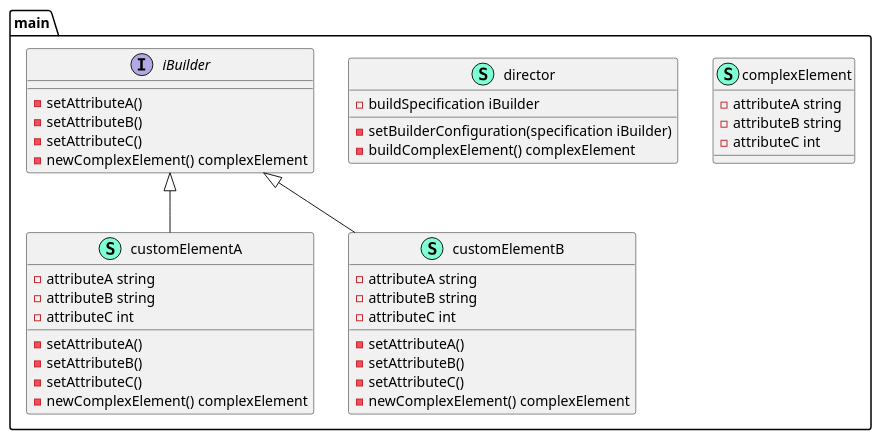
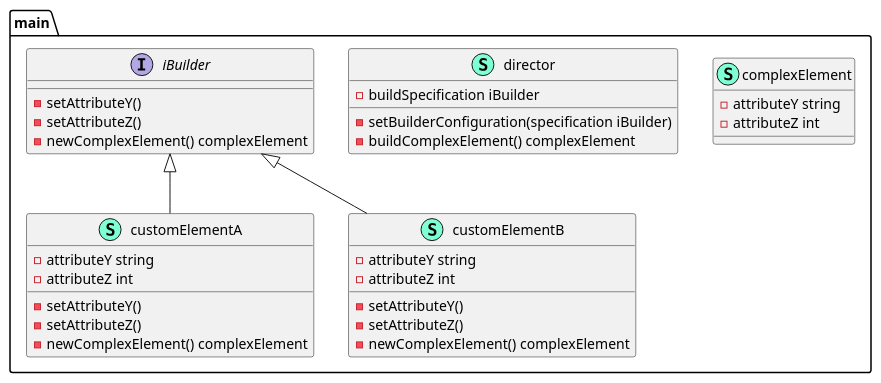
Before and after one commit to cloudemprise/go-dsgn-pttrn-builder: the diagram in go-dsgn-pttrn-builder.puml, drawn with PlantUML. The commit also changed 2 other files, not shown here.

```diff
--- a/go-dsgn-pttrn-builder.puml
+++ b/go-dsgn-pttrn-builder.puml
@@ -1,50 +1,44 @@
 @startuml
 namespace main {
     class complexElement << (S,Aquamarine) >> {
-        - attributeA string
-        - attributeB string
-        - attributeC int
+        - attributeY string
+        - attributeZ int
 
     }
     class customElementA << (S,Aquamarine) >> {
-        - attributeA string
-        - attributeB string
-        - attributeC int
+        - attributeY string
+        - attributeZ int
 
-        - setAttributeA() 
-        - setAttributeB() 
-        - setAttributeC() 
+        - setAttributeY() 
+        - setAttributeZ() 
         - newComplexElement() complexElement
 
     }
     class customElementB << (S,Aquamarine) >> {
-        - attributeA string
-        - attributeB string
-        - attributeC int
+        - attributeY string
+        - attributeZ int
 
-        - setAttributeA() 
-        - setAttributeB() 
-        - setAttributeC() 
+        - setAttributeY() 
+        - setAttributeZ() 
         - newComplexElement() complexElement
 
     }
     class director << (S,Aquamarine) >> {
         - buildSpecification iBuilder
 
         - setBuilderConfiguration(specification iBuilder) 
         - buildComplexElement() complexElement
 
     }
     interface iBuilder  {
-        - setAttributeA() 
-        - setAttributeB() 
-        - setAttributeC() 
+        - setAttributeY() 
+        - setAttributeZ() 
         - newComplexElement() complexElement
 
     }
 }
 
 "main.iBuilder" <|-- "main.customElementA"
 "main.iBuilder" <|-- "main.customElementB"
 
 @enduml
```
